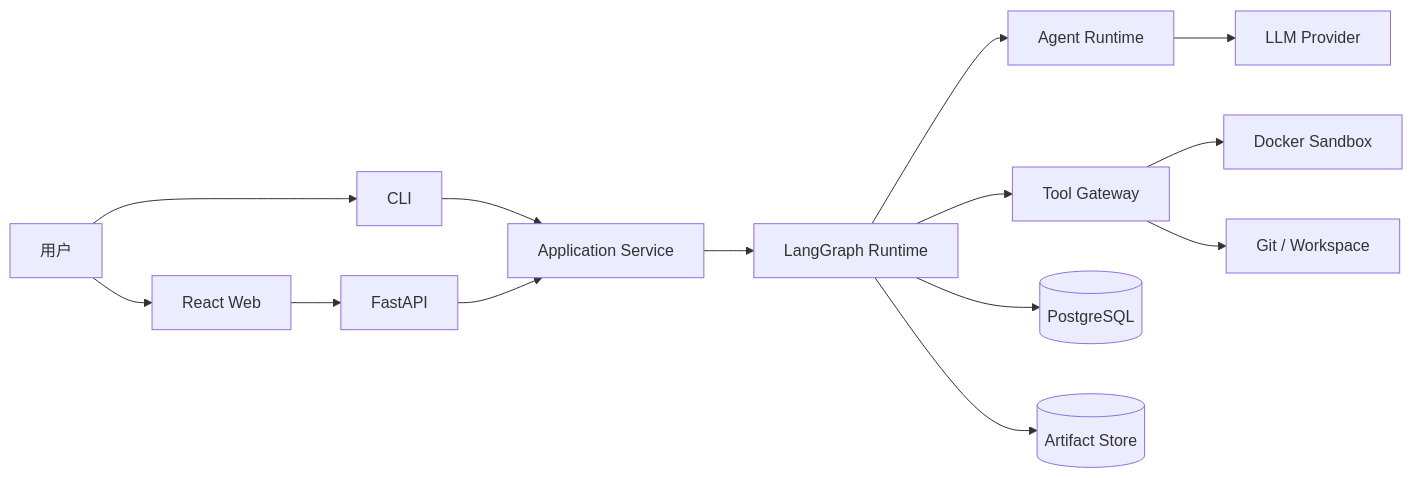
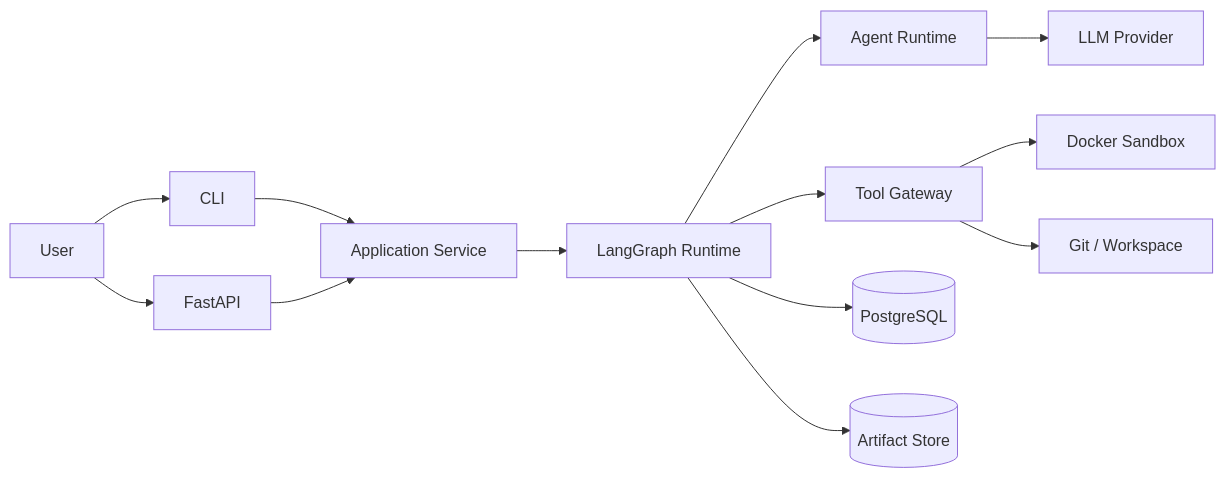
Before and after one commit to chengyu798/EvoDev: the first of 5 diagrams in docs/02-系统架构设计.md, drawn with Mermaid. The commit also changed other lines of this file and 58 other files, not shown here.

````diff
--- a/docs/02-系统架构设计.md
+++ b/docs/02-系统架构设计.md
@@ -75,16 +75,15 @@
 ```mermaid
 flowchart LR
-    User[用户] --> Web[React Web]
     User --> CLI[CLI]
-    Web --> API[FastAPI]
+    User --> API[FastAPI]
     CLI --> App[Application Service]
     API --> App
     App --> Graph[LangGraph Runtime]
     Graph --> Agents[Agent Runtime]
     Graph --> Tools[Tool Gateway]
     Agents --> LLM[LLM Provider]
     Tools --> Sandbox[Docker Sandbox]
     Tools --> Git[Git / Workspace]
     Graph --> DB[(PostgreSQL)]
     Graph --> Artifacts[(Artifact Store)]
 ```
````
